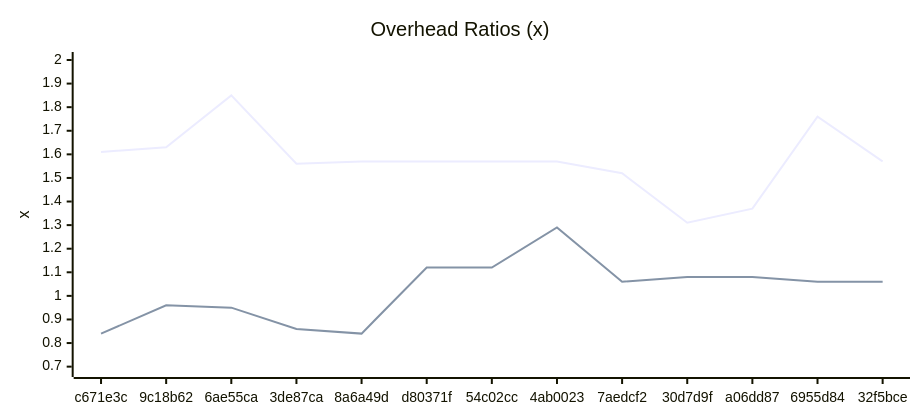
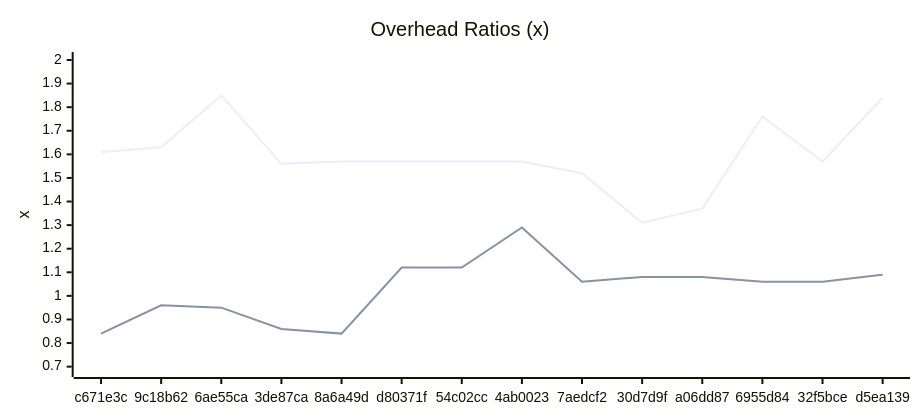
Before and after one commit to Ikolvi/titan: the sixth of 6 diagrams in docs/BENCHMARKS.md, drawn with Mermaid. The commit also changed other lines of this file, not shown here.

````diff
--- a/docs/BENCHMARKS.md
+++ b/docs/BENCHMARKS.md
@@ -201,15 +202,15 @@
 ```mermaid
 ---
 config:
     xyChart:
         width: 900
         height: 400
         plotColorPalette: "#4e79a7, #f28e2c, #e15759, #76b7b2, #59a14f, #edc949"
 ---
 xychart-beta
     title "Overhead Ratios (x)"
-    x-axis ["c671e3c", "9c18b62", "6ae55ca", "3de87ca", "8a6a49d", "d80371f", "54c02cc", "4ab0023", "7aedcf2", "30d7d9f", "a06dd87", "6955d84", "32f5bce"]
+    x-axis ["c671e3c", "9c18b62", "6ae55ca", "3de87ca", "8a6a49d", "d80371f", "54c02cc", "4ab0023", "7aedcf2", "30d7d9f", "a06dd87", "6955d84", "32f5bce", "d5ea139"]
     y-axis "x" 0.69 --> 2.00
-    line [1.61, 1.63, 1.85, 1.56, 1.57, 1.57, 1.57, 1.57, 1.52, 1.31, 1.37, 1.76, 1.57]
-    line [0.84, 0.96, 0.95, 0.86, 0.84, 1.12, 1.12, 1.29, 1.06, 1.08, 1.08, 1.06, 1.06]
+    line [1.61, 1.63, 1.85, 1.56, 1.57, 1.57, 1.57, 1.57, 1.52, 1.31, 1.37, 1.76, 1.57, 1.84]
+    line [0.84, 0.96, 0.95, 0.86, 0.84, 1.12, 1.12, 1.29, 1.06, 1.08, 1.08, 1.06, 1.06, 1.09]
 ```
````
